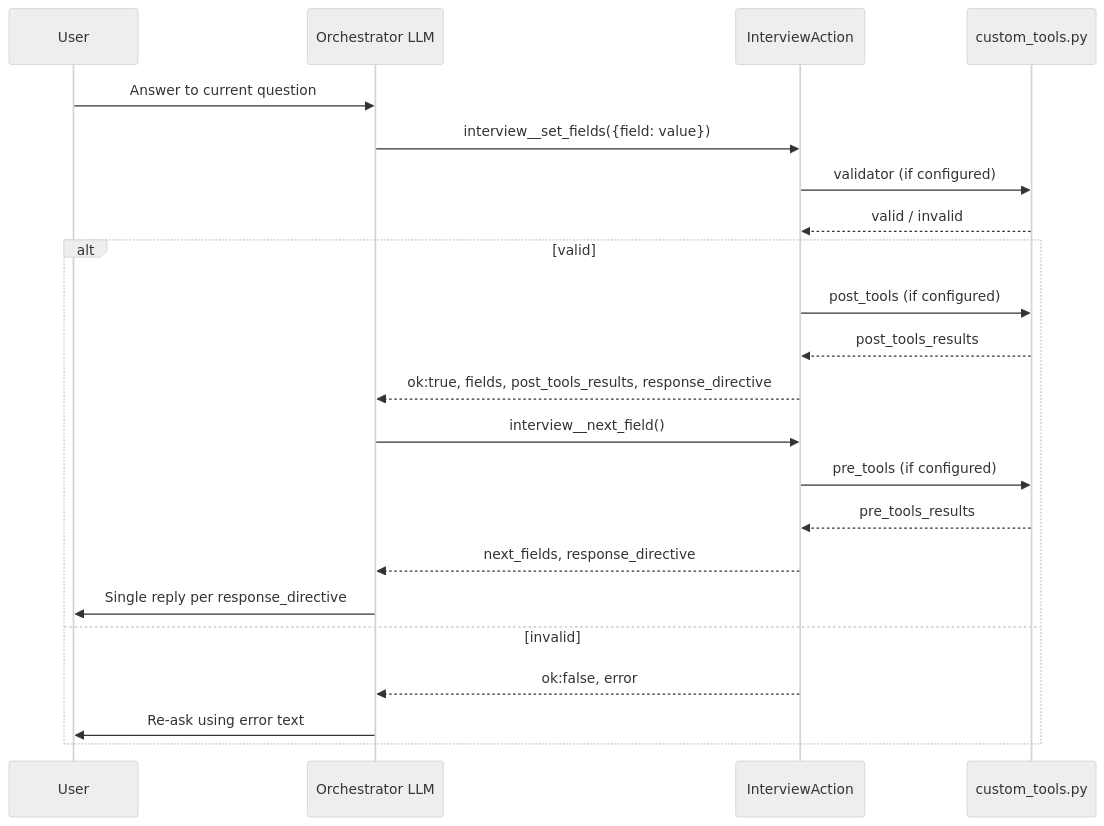
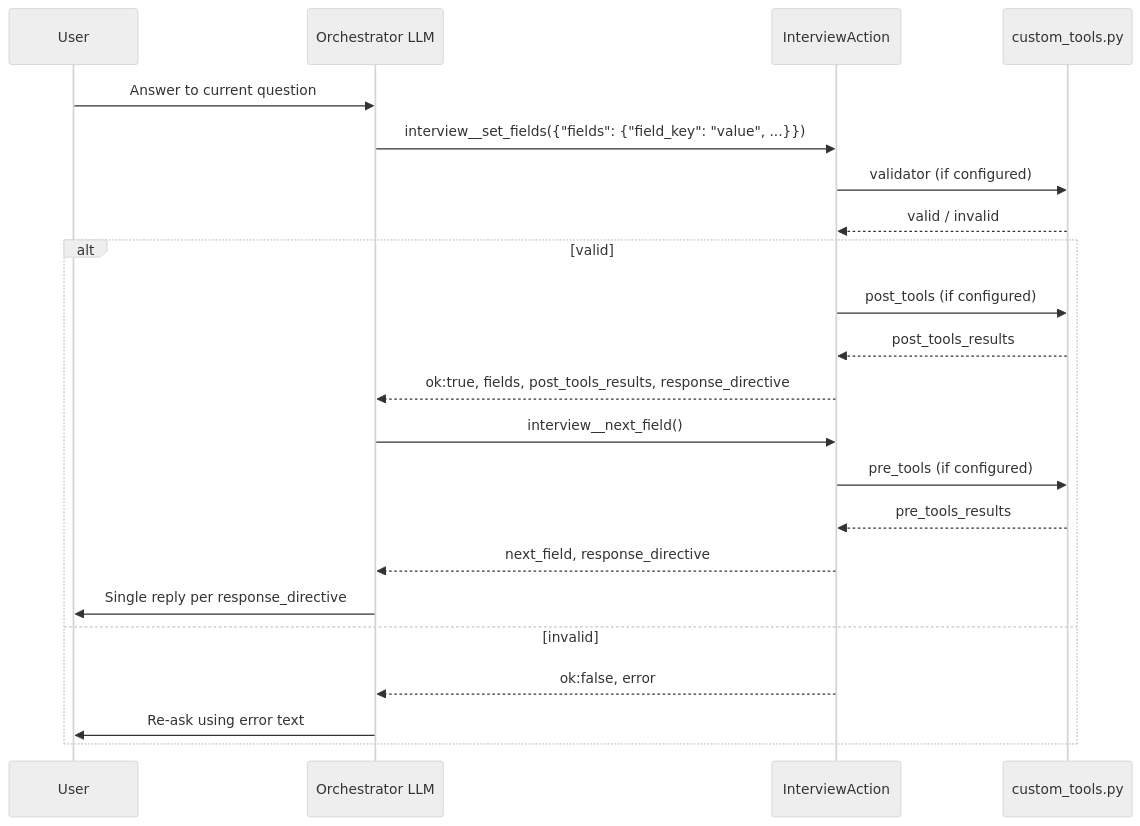
One commit to TrueSelph/jvagent changed the diagram in jvagent/action/interview/docs/multi-turn-flow.md. Above: the diagram before and after it, drawn with Mermaid (neutral theme). The commit also changed other lines of this file and 74 other files, not shown here.

Commit message:
fix/upd: orchestrator cleanup and decouple from interview; interview update to permit multi-field extraction with field reference now in context

````diff
--- a/jvagent/action/interview/docs/multi-turn-flow.md
+++ b/jvagent/action/interview/docs/multi-turn-flow.md
@@ -66,25 +66,25 @@
 ```mermaid
 sequenceDiagram
     participant U as User
     participant O as Orchestrator LLM
     participant IA as InterviewAction
     participant H as custom_tools.py
 
     U->>O: Answer to current question
-    O->>IA: interview__set_fields({field: value})
+    O->>IA: interview__set_fields({"fields": {"field_key": "value", ...}})
     IA->>H: validator (if configured)
     H-->>IA: valid / invalid
     alt valid
         IA->>H: post_tools (if configured)
         H-->>IA: post_tools_results
         IA-->>O: ok:true, fields, post_tools_results, response_directive
         O->>IA: interview__next_field()
         IA->>H: pre_tools (if configured)
         H-->>IA: pre_tools_results
-        IA-->>O: next_fields, response_directive
+        IA-->>O: next_field, response_directive
         O->>U: Single reply per response_directive
     else invalid
         IA-->>O: ok:false, error
         O->>U: Re-ask using error text
     end
 ```
````
